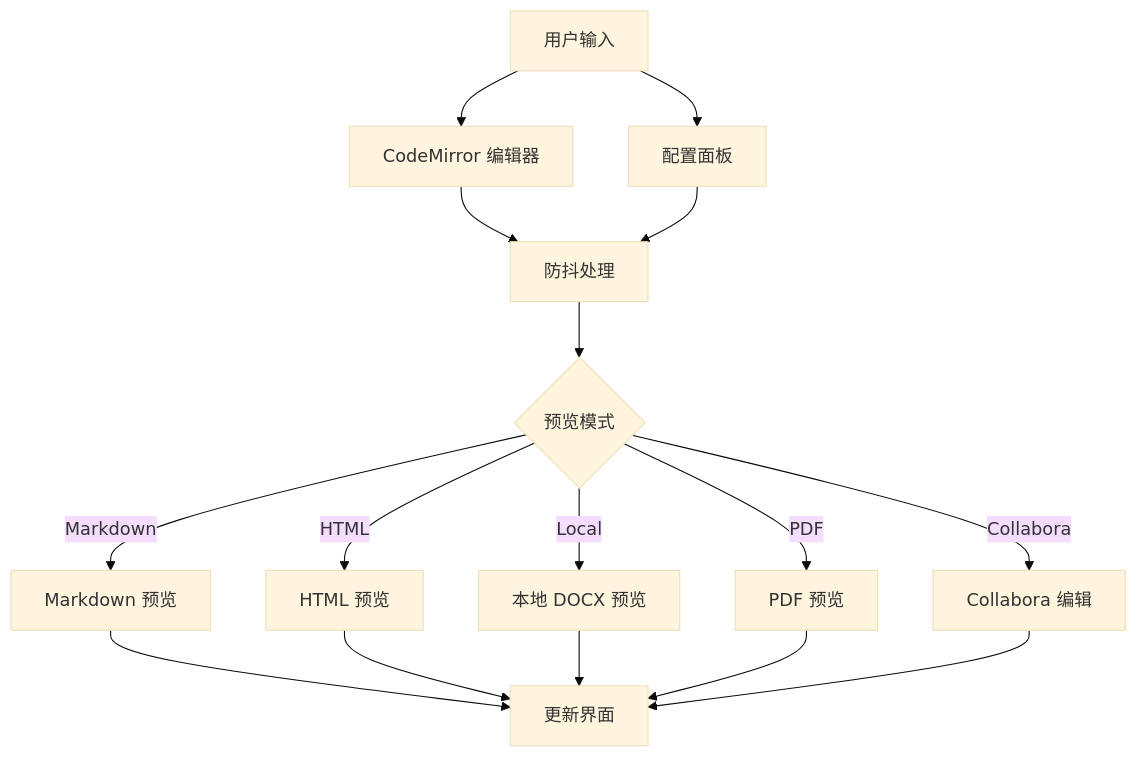
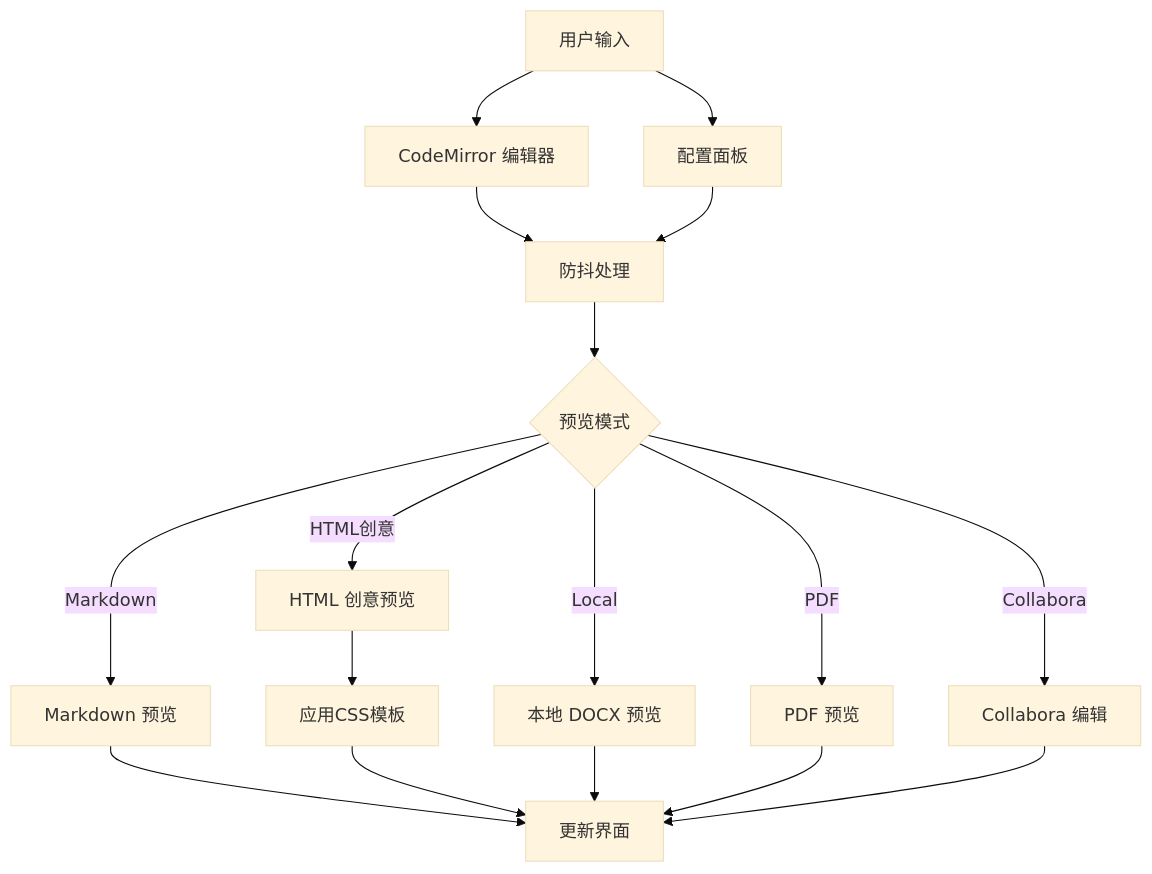
Diagram 13 of 15 in .lingma/repowiki/zh/content/用户指南/前端界面现代化.md (wanwushelie/markdown-to-word-studio), drawn with Mermaid (base theme) before and after one commit. The commit also changed other lines of this file and 1 other file, not shown here.

````diff
--- a/.lingma/repowiki/zh/content/用户指南/前端界面现代化.md
+++ b/.lingma/repowiki/zh/content/用户指南/前端界面现代化.md
@@ -571,18 +705,19 @@
 ```mermaid
 flowchart TD
 UserInput[用户输入] --> CodeMirror[CodeMirror 编辑器]
 UserInput --> ConfigPanel[配置面板]
 CodeMirror --> Debounce[防抖处理]
 ConfigPanel --> Debounce
 Debounce --> PreviewMode{预览模式}
 PreviewMode --> |Markdown| MarkdownPreview[Markdown 预览]
-PreviewMode --> |HTML| HTMLPreview[HTML 预览]
+PreviewMode --> |HTML创意| HTMLCreative[HTML 创意预览]
 PreviewMode --> |Local| LocalPreview[本地 DOCX 预览]
 PreviewMode --> |PDF| PDFPreview[PDF 预览]
 PreviewMode --> |Collabora| CollaboraPreview[Collabora 编辑]
 MarkdownPreview --> UpdateUI[更新界面]
-HTMLPreview --> UpdateUI
+HTMLCreative --> TemplateApply[应用CSS模板]
+TemplateApply --> UpdateUI
 LocalPreview --> UpdateUI
 PDFPreview --> UpdateUI
 CollaboraPreview --> UpdateUI
 ```
````
